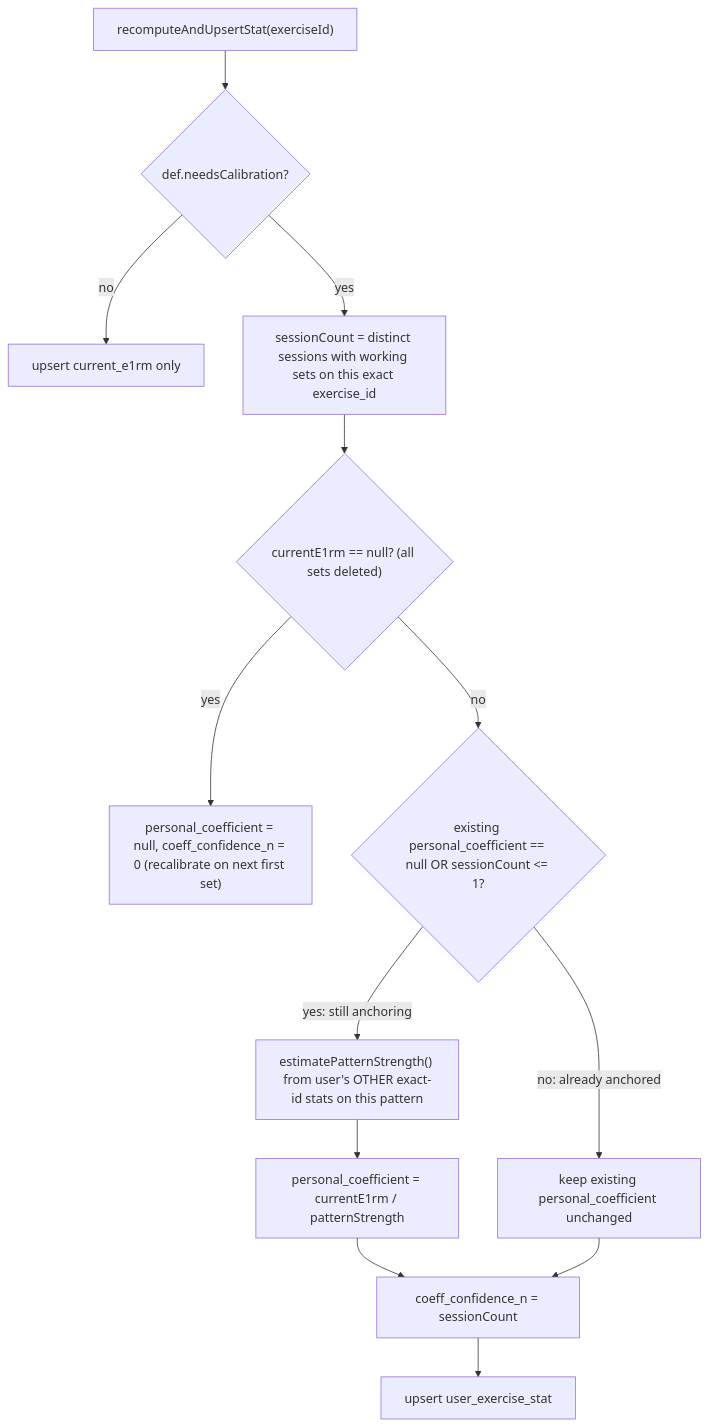
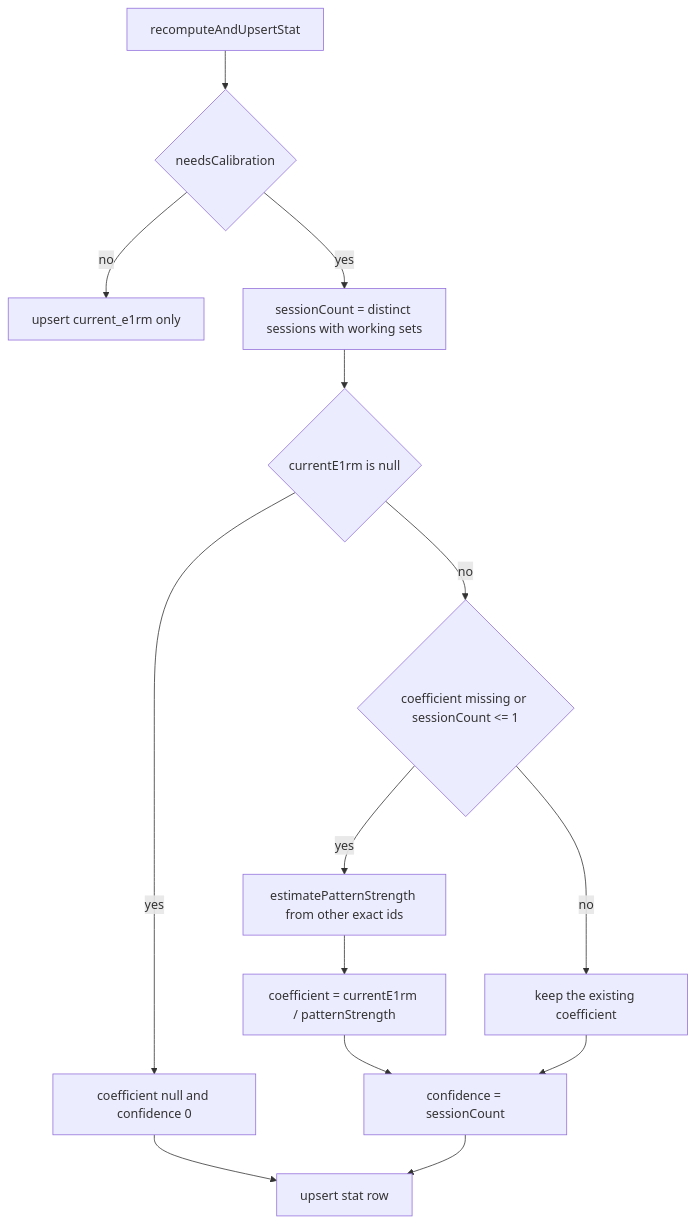
One commit to jms-dcksn/lifting-app changed the fourth of 4 diagrams in openwiki/workflows/workout-session-lifecycle.md. Above: the diagram before and after it, drawn with Mermaid. The commit also changed other lines of this file and 40 other files, not shown here.

````diff
--- a/openwiki/workflows/workout-session-lifecycle.md
+++ b/openwiki/workflows/workout-session-lifecycle.md
@@ -312,15 +438,16 @@
 ```mermaid
 flowchart TD
-    A["recomputeAndUpsertStat(exerciseId)"] --> B{"def.needsCalibration?"}
+    A["recomputeAndUpsertStat"] --> B{"needsCalibration"}
     B -->|no| Z["upsert current_e1rm only"]
-    B -->|yes| C["sessionCount = distinct sessions with working sets on this exact exercise_id"]
-    C --> D{"currentE1rm == null? (all sets deleted)"}
-    D -->|yes| E["personal_coefficient = null, coeff_confidence_n = 0 (recalibrate on next first set)"]
-    D -->|no| F{"existing personal_coefficient == null OR sessionCount <= 1?"}
-    F -->|yes: still anchoring| G["estimatePatternStrength() from user's OTHER exact-id stats on this pattern"]
-    G --> H["personal_coefficient = currentE1rm / patternStrength"]
-    F -->|no: already anchored| I["keep existing personal_coefficient unchanged"]
-    H --> J["coeff_confidence_n = sessionCount"]
+    B -->|yes| C["sessionCount = distinct sessions with working sets"]
+    C --> D{"currentE1rm is null"}
+    D -->|yes| E["coefficient null and confidence 0"]
+    D -->|no| F{"coefficient missing or sessionCount <= 1"}
+    F -->|yes| G["estimatePatternStrength from other exact ids"]
+    G --> H["coefficient = currentE1rm / patternStrength"]
+    F -->|no| I["keep the existing coefficient"]
+    H --> J["confidence = sessionCount"]
     I --> J
-    J --> Z2["upsert user_exercise_stat"]
+    E --> K["upsert stat row"]
+    J --> K
 ```
````
